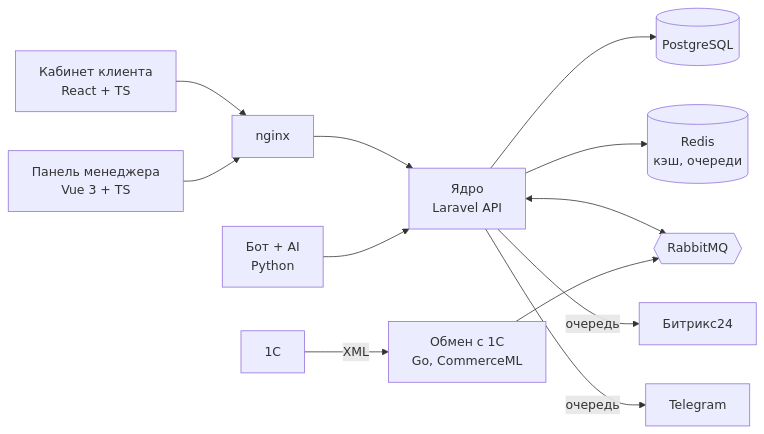
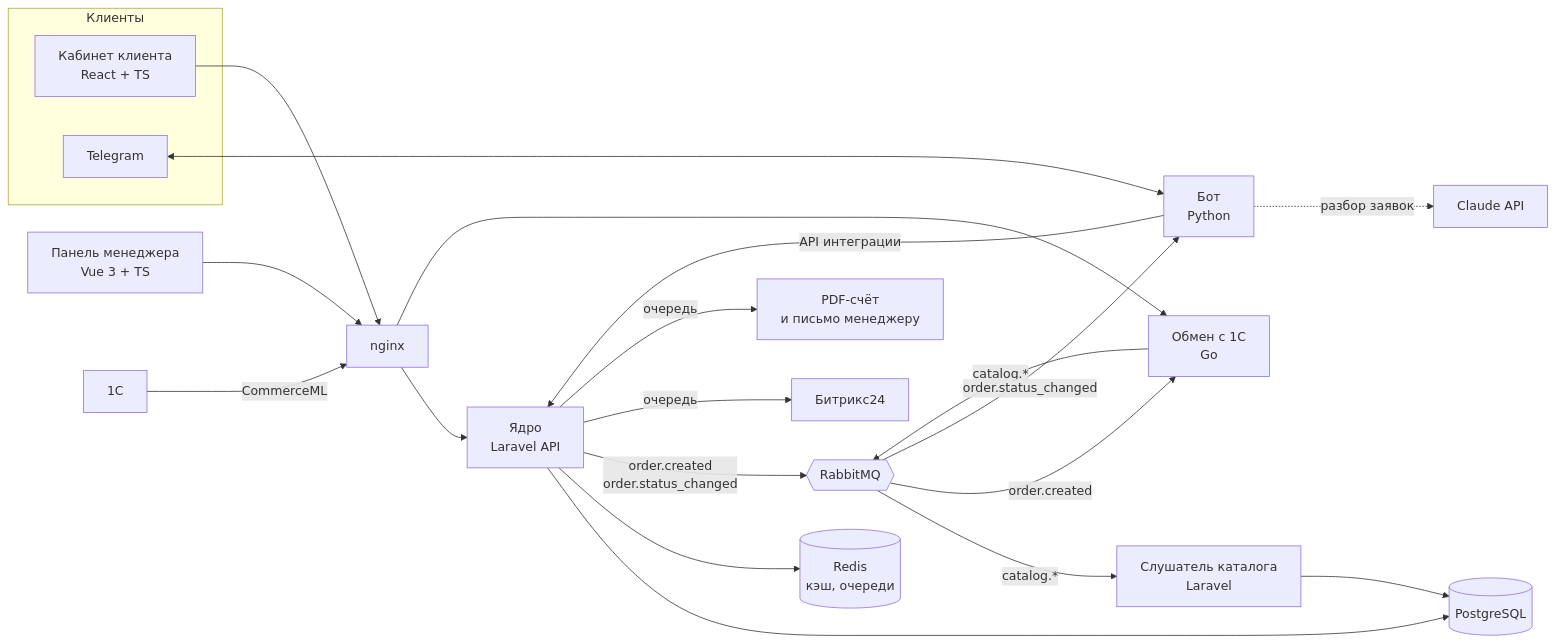
The diagram in README.md (map-filter/b2b-portal), drawn with Mermaid before and after one commit. The commit also changed other lines of this file and 29 other files, not shown here.

````diff
--- a/README.md
+++ b/README.md
@@ -9,14 +9,29 @@
 ```mermaid
 flowchart LR
-    C[Кабинет клиента<br/>React + TS] --> G[nginx]
-    M[Панель менеджера<br/>Vue 3 + TS] --> G
+    subgraph Клиенты
+        C[Кабинет клиента<br/>React + TS]
+        TG[Telegram]
+    end
+    M[Панель менеджера<br/>Vue 3 + TS]
+    ONEC[1С]
+
+    C --> G[nginx]
+    M --> G
+    ONEC -- CommerceML --> G
     G --> L[Ядро<br/>Laravel API]
+    G --> X[Обмен с 1С<br/>Go]
+
     L --> P[(PostgreSQL)]
     L --> R[(Redis<br/>кэш, очереди)]
-    L <--> Q{{RabbitMQ}}
-    X[Обмен с 1С<br/>Go, CommerceML] --> Q
-    ONEC[1С] -- XML --> X
+    X -- catalog.* --> Q{{RabbitMQ}}
+    Q -- catalog.* --> W[Слушатель каталога<br/>Laravel]
+    W --> P
+    L -- order.created<br/>order.status_changed --> Q
+    Q -- order.created --> X
+    Q -- order.status_changed --> BOT[Бот<br/>Python]
+    TG <--> BOT
+    BOT -- API интеграции --> L
+    BOT -. разбор заявок .-> AI[Claude API]
     L -- очередь --> B24[Битрикс24]
-    L -- очередь --> TG[Telegram]
-    BOT[Бот + AI<br/>Python] --> L
+    L -- очередь --> MAIL[PDF-счёт<br/>и письмо менеджеру]
 ```
````
